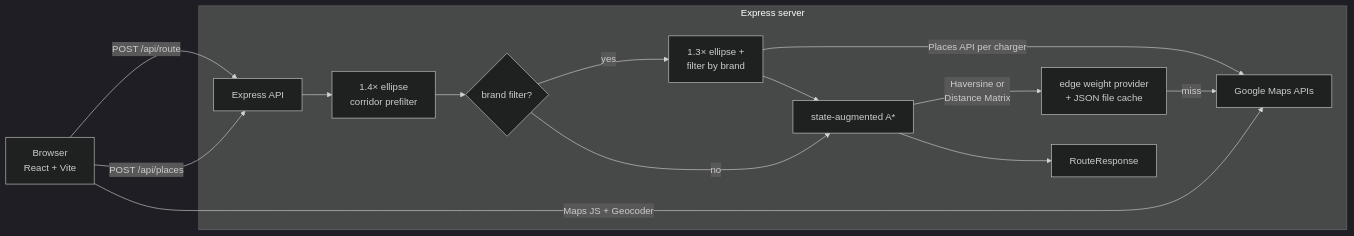
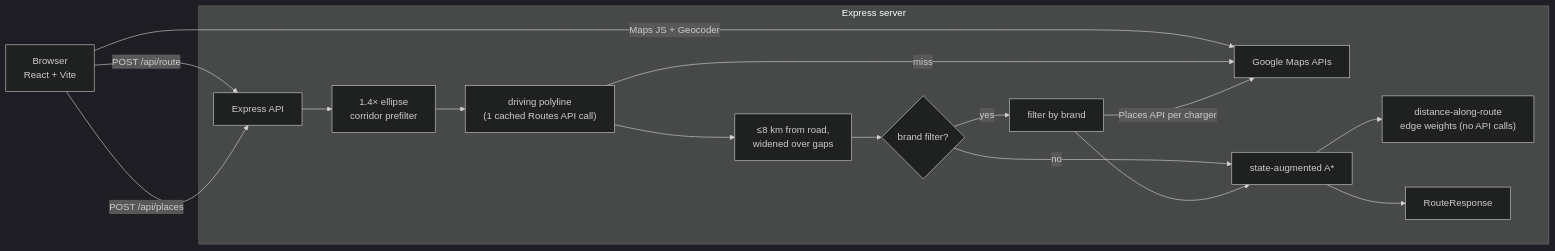
One commit to brandoncuii/volt changed the diagram in README.md. Above: the diagram before and after it, drawn with Mermaid (dark theme). The commit also changed other lines of this file and 15 other files, not shown here.

First line of the commit message:
feat: route-first charger selection via cached driving polyline

````diff
--- a/README.md
+++ b/README.md
@@ -15,18 +15,20 @@
 ```mermaid
 flowchart LR
     Browser["Browser<br/>React + Vite"] -->|POST /api/route| API[Express API]
     Browser -->|POST /api/places| API
     Browser -->|Maps JS + Geocoder| GMaps[Google Maps APIs]
 
     subgraph Server [Express server]
         API --> Corridor["1.4× ellipse<br/>corridor prefilter"]
-        Corridor --> BrandFilter{brand filter?}
-        BrandFilter -->|yes| InnerCorridor["1.3× ellipse +<br/>filter by brand"]
+        Corridor --> Polyline["driving polyline<br/>(1 cached Routes API call)"]
+        Polyline -->|miss| GMaps
+        Polyline --> RoadCorridor["≤8 km from road,<br/>widened over gaps"]
+        RoadCorridor --> BrandFilter{brand filter?}
+        BrandFilter -->|yes| InnerCorridor["filter by brand"]
         BrandFilter -->|no| AStar
         InnerCorridor -->|Places API per charger| GMaps
         InnerCorridor --> AStar["state-augmented A*"]
-        AStar -->|Haversine or<br/>Distance Matrix| Edges["edge weight provider<br/>+ JSON file cache"]
-        Edges -->|miss| GMaps
+        AStar --> Edges["distance-along-route<br/>edge weights (no API calls)"]
         AStar --> Response[RouteResponse]
     end
 ```
````
